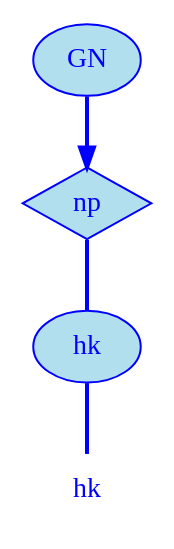
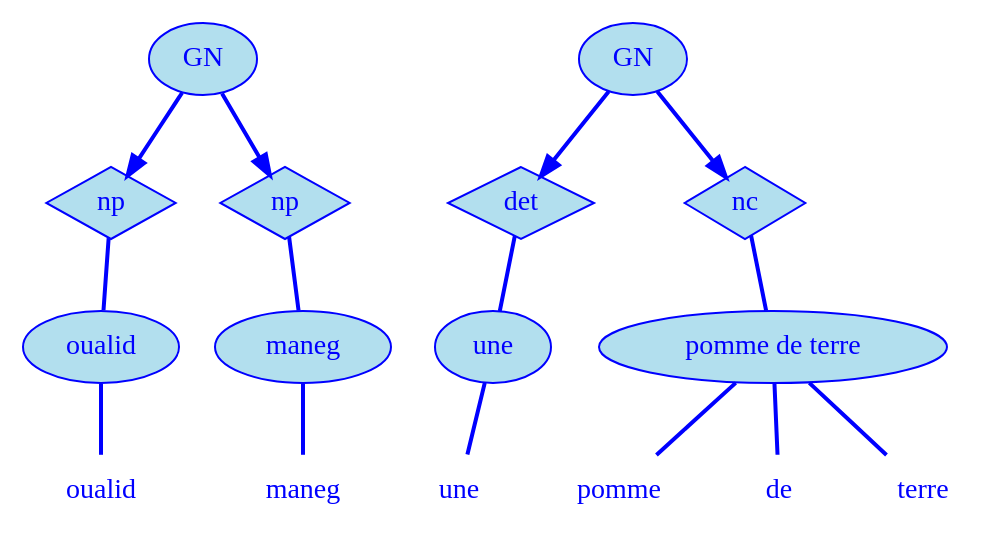
Before and after one commit to oualid13/MacaWeb: the diagram in version-ser/js/mc1s1.dot, drawn with Graphviz. The commit also changed 2 other files, not shown here.

```diff
--- a/version-ser/js/mc1s1.dot
+++ b/version-ser/js/mc1s1.dot
@@ -1,11 +1,34 @@
 digraph g {
 	node [label="\N"];
-	graph [bb="0,0,54,252"];
-	"mc1s1_t1#token84" [label=hk, shape=plaintext, fillcolor=lightblue2, fontcolor=blue, pos="27,18", width="0.75", height="0.50"];
-	"mc1s1_W1#wordmc1s1_t1#token" [label=hk, shape=ellipse, fillcolor=lightblue2, fontcolor=blue, color=blue, style=filled, pos="27,90", width="0.75", height="0.50"];
-	"mc1s1_P13#pos" [label=np, shape=diamond, fillcolor=lightblue2, fontcolor=blue, color=blue, style=filled, pos="27,162", width="0.75", height="0.50"];
-	"mc1s1_chk0#chunk" [label=GN, fillcolor=lightblue2, fontcolor=blue, color=blue, style=filled, arrowhead=doubleoctagon, pos="27,234", width="0.75", height="0.50"];
-	"mc1s1_W1#wordmc1s1_t1#token" -> "mc1s1_t1#token84" [arrowhead=none, color=blue, fontcolor=blue, style=bold, minlen=1, pos="27,72 27,61 27,47 27,36"];
-	"mc1s1_P13#pos" -> "mc1s1_W1#wordmc1s1_t1#token" [arrowhead=none, color=blue, fontcolor=blue, style=bold, minlen=1, pos="27,144 27,133 27,119 27,108"];
-	"mc1s1_chk0#chunk" -> "mc1s1_P13#pos" [color=blue, fontcolor=blue, style=bold, minlen=1, shape=normal, pos="e,27,180 27,216 27,208 27,199 27,190"];
+	graph [bb="0,0,480,252"];
+	"mc1s1_t1#token84" [label=oualid, shape=plaintext, fillcolor=lightblue2, fontcolor=blue, pos="39,18", width="0.78", height="0.50"];
+	"mc1s1_W1#wordmc1s1_t1#token" [label=oualid, shape=ellipse, fillcolor=lightblue2, fontcolor=blue, color=blue, style=filled, pos="39,90", width="1.08", height="0.50"];
+	"mc1s1_P13#pos" [label=np, shape=diamond, fillcolor=lightblue2, fontcolor=blue, color=blue, style=filled, pos="47,162", width="0.75", height="0.50"];
+	"mc1s1_t3#token87" [label=maneg, shape=plaintext, fillcolor=lightblue2, fontcolor=blue, pos="140,18", width="0.86", height="0.50"];
+	"mc1s1_W2#wordmc1s1_t3#token" [label=maneg, shape=ellipse, fillcolor=lightblue2, fontcolor=blue, color=blue, style=filled, pos="140,90", width="1.22", height="0.50"];
+	"mc1s1_P38#pos" [label=np, shape=diamond, fillcolor=lightblue2, fontcolor=blue, color=blue, style=filled, pos="126,162", width="0.75", height="0.50"];
+	"mc1s1_chk0#chunk" [label=GN, fillcolor=lightblue2, fontcolor=blue, color=blue, style=filled, arrowhead=doubleoctagon, pos="87,234", width="0.75", height="0.50"];
+	"mc1s1_t5#token78" [label=une, shape=plaintext, fillcolor=lightblue2, fontcolor=blue, pos="225,18", width="0.75", height="0.50"];
+	"mc1s1_W3#wordmc1s1_t5#token" [label=une, shape=ellipse, fillcolor=lightblue2, fontcolor=blue, color=blue, style=filled, pos="234,90", width="0.81", height="0.50"];
+	"mc1s1_P52L1#pos" [label=det, shape=diamond, fillcolor=lightblue2, fontcolor=blue, color=blue, style=filled, pos="251,162", width="0.75", height="0.50"];
+	"mc1s1_t7#token16" [label=pomme, shape=plaintext, fillcolor=lightblue2, fontcolor=blue, pos="303,18", width="0.92", height="0.50"];
+	"mc1s1_t9#token94" [label=de, shape=plaintext, fillcolor=lightblue2, fontcolor=blue, pos="381,18", width="0.75", height="0.50"];
+	"mc1s1_t11#token36" [label=terre, shape=plaintext, fillcolor=lightblue2, fontcolor=blue, pos="453,18", width="0.75", height="0.50"];
+	"mc1s1_W7#wordmc1s1_t7#tokenmc1s1_t8#tokenmc1s1_t9#tokenmc1s1_t10#tokenmc1s1_t11#token" [label="pomme de terre", shape=ellipse, fillcolor=lightblue2, fontcolor=blue, color=blue, style=filled, pos="375,90", width="2.42", height="0.50"];
+	"mc1s1_P56L1#pos" [label=nc, shape=diamond, fillcolor=lightblue2, fontcolor=blue, color=blue, style=filled, pos="357,162", width="0.75", height="0.50"];
+	"mc1s1_chk3#chunk" [label=GN, fillcolor=lightblue2, fontcolor=blue, color=blue, style=filled, arrowhead=doubleoctagon, pos="304,234", width="0.75", height="0.50"];
+	"mc1s1_W1#wordmc1s1_t1#token" -> "mc1s1_t1#token84" [arrowhead=none, color=blue, fontcolor=blue, style=bold, minlen=1, pos="39,72 39,61 39,47 39,36"];
+	"mc1s1_P13#pos" -> "mc1s1_W1#wordmc1s1_t1#token" [arrowhead=none, color=blue, fontcolor=blue, style=bold, minlen=1, pos="45,145 44,134 42,119 41,108"];
+	"mc1s1_W2#wordmc1s1_t3#token" -> "mc1s1_t3#token87" [arrowhead=none, color=blue, fontcolor=blue, style=bold, minlen=1, pos="140,72 140,61 140,47 140,36"];
+	"mc1s1_P38#pos" -> "mc1s1_W2#wordmc1s1_t3#token" [arrowhead=none, color=blue, fontcolor=blue, style=bold, minlen=1, pos="129,146 131,135 134,120 136,108"];
+	"mc1s1_chk0#chunk" -> "mc1s1_P13#pos" [color=blue, fontcolor=blue, style=bold, minlen=1, shape=normal, pos="e,54,175 78,217 73,207 65,194 59,184"];
+	"mc1s1_chk0#chunk" -> "mc1s1_P38#pos" [color=blue, fontcolor=blue, style=bold, minlen=1, shape=normal, pos="e,119,176 96,217 101,208 108,195 114,185"];
+	"mc1s1_W3#wordmc1s1_t5#token" -> "mc1s1_t5#token78" [arrowhead=none, color=blue, fontcolor=blue, style=bold, minlen=1, pos="232,72 230,61 229,47 227,36"];
+	"mc1s1_P52L1#pos" -> "mc1s1_W3#wordmc1s1_t5#token" [arrowhead=none, color=blue, fontcolor=blue, style=bold, minlen=1, pos="247,146 244,135 241,120 238,108"];
+	"mc1s1_W7#wordmc1s1_t7#tokenmc1s1_t8#tokenmc1s1_t9#tokenmc1s1_t10#tokenmc1s1_t11#token" -> "mc1s1_t7#token16" [arrowhead=none, color=blue, fontcolor=blue, style=bold, minlen=1, pos="357,72 346,61 332,47 321,36"];
+	"mc1s1_W7#wordmc1s1_t7#tokenmc1s1_t8#tokenmc1s1_t9#tokenmc1s1_t10#tokenmc1s1_t11#token" -> "mc1s1_t9#token94" [arrowhead=none, color=blue, fontcolor=blue, style=bold, minlen=1, pos="377,72 378,61 379,47 379,36"];
+	"mc1s1_W7#wordmc1s1_t7#tokenmc1s1_t8#tokenmc1s1_t9#tokenmc1s1_t10#tokenmc1s1_t11#token" -> "mc1s1_t11#token36" [arrowhead=none, color=blue, fontcolor=blue, style=bold, minlen=1, pos="394,72 406,61 421,47 433,36"];
+	"mc1s1_P56L1#pos" -> "mc1s1_W7#wordmc1s1_t7#tokenmc1s1_t8#tokenmc1s1_t9#tokenmc1s1_t10#tokenmc1s1_t11#token" [arrowhead=none, color=blue, fontcolor=blue, style=bold, minlen=1, pos="361,146 364,135 367,120 370,108"];
+	"mc1s1_chk3#chunk" -> "mc1s1_P52L1#pos" [color=blue, fontcolor=blue, style=bold, minlen=1, shape=normal, pos="e,260,174 292,218 284,207 274,193 266,182"];
+	"mc1s1_chk3#chunk" -> "mc1s1_P56L1#pos" [color=blue, fontcolor=blue, style=bold, minlen=1, shape=normal, pos="e,348,174 316,218 324,207 334,193 342,182"];
 }
```
